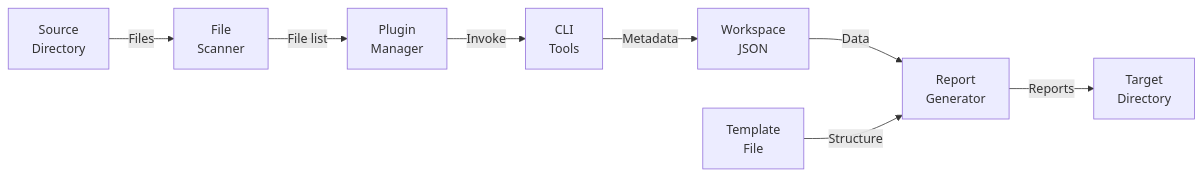
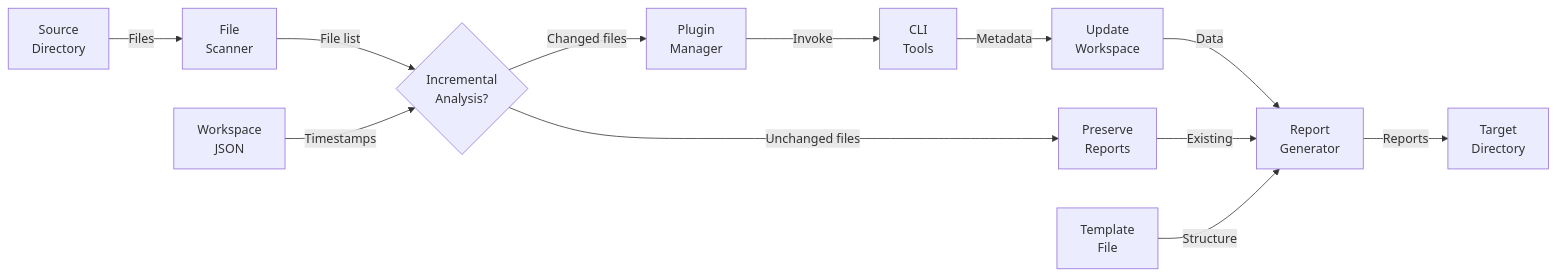
Before and after one commit to PeculiarMind/doc.doc.md: the third of 4 diagrams in 01_vision/03_architecture/03_system_scope_and_context/03_system_scope_and_context.md, drawn with Mermaid. The commit also changed other lines of this file, not shown here.

````diff
--- a/01_vision/03_architecture/03_system_scope_and_context/03_system_scope_and_context.md
+++ b/01_vision/03_architecture/03_system_scope_and_context/03_system_scope_and_context.md
@@ -144,10 +198,14 @@
 ```mermaid
 flowchart LR
     Source[Source<br/>Directory] -->|Files| Scanner[File<br/>Scanner]
-    Scanner -->|File list| PluginMgr[Plugin<br/>Manager]
+    Scanner -->|File list| Incremental{Incremental<br/>Analysis?}
+    Workspace[Workspace<br/>JSON] -->|Timestamps| Incremental
+    Incremental -->|Changed files| PluginMgr[Plugin<br/>Manager]
+    Incremental -->|Unchanged files| Preserve[Preserve<br/>Reports]
     PluginMgr -->|Invoke| Tools[CLI<br/>Tools]
-    Tools -->|Metadata| Workspace[Workspace<br/>JSON]
-    Workspace -->|Data| Reporter[Report<br/>Generator]
+    Tools -->|Metadata| WSUpdate[Update<br/>Workspace]
+    WSUpdate -->|Data| Reporter[Report<br/>Generator]
+    Preserve -->|Existing| Reporter
     Template[Template<br/>File] -->|Structure| Reporter
     Reporter -->|Reports| Target[Target<br/>Directory]
 ```
````
